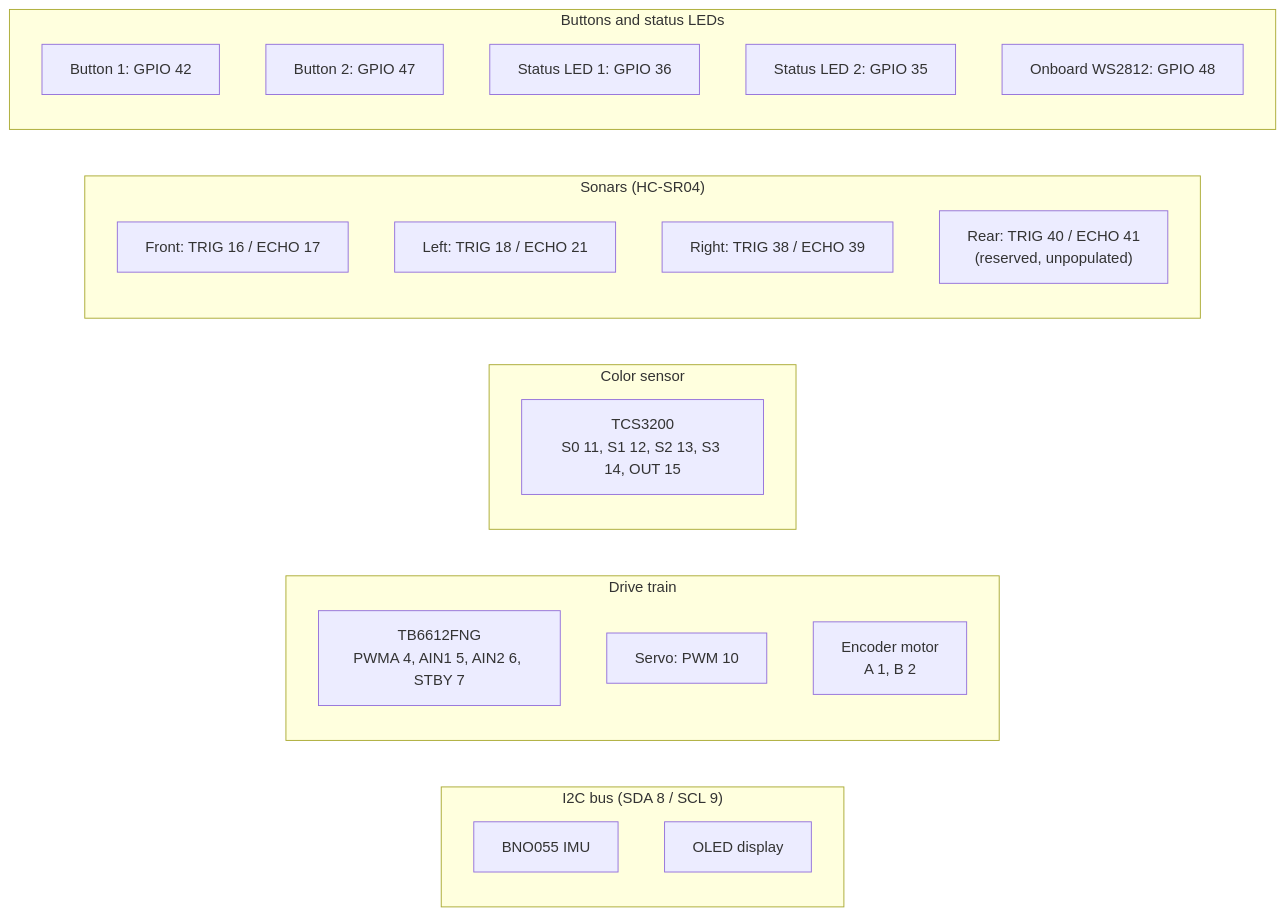
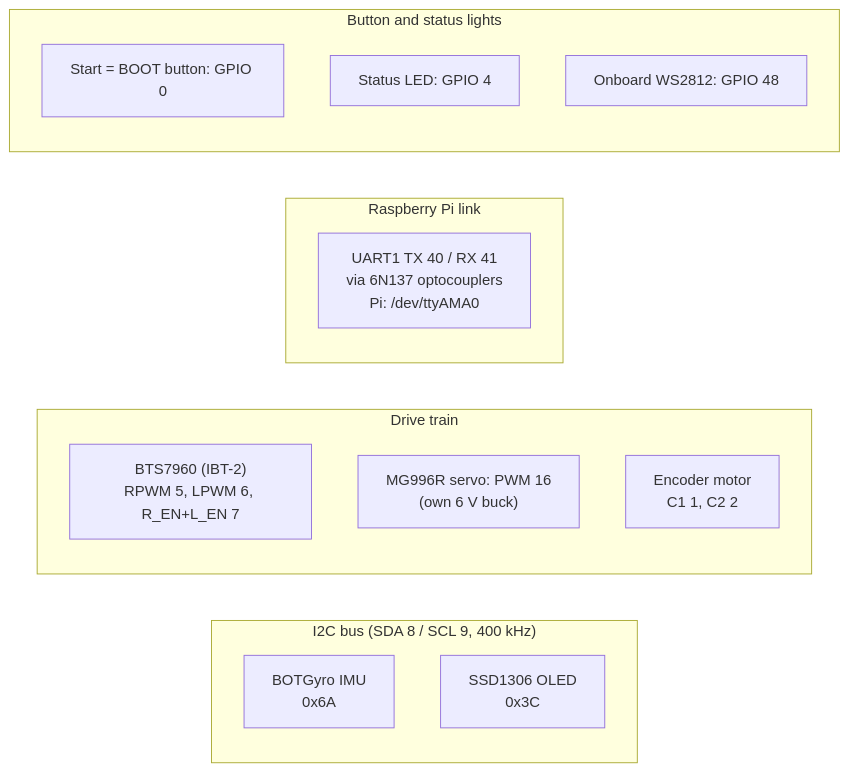
One commit to muztahiddurjoy/gorur_gari_2026 changed the diagram in firmware/pin-map.md. Above: the diagram before and after it, drawn with Mermaid. The commit also changed other lines of this file and 5 other files, not shown here.

First line of the commit message:
docs: new hardware - BTS7960, MG996R on GPIO16, BOTGyro, UART link

````diff
--- a/firmware/pin-map.md
+++ b/firmware/pin-map.md
@@ -7,28 +7,20 @@
 ```mermaid
 flowchart LR
-    subgraph I2C["I2C bus (SDA 8 / SCL 9)"]
-        IMU["BNO055 IMU"]
-        OLED["OLED display"]
+    subgraph I2C["I2C bus (SDA 8 / SCL 9, 400 kHz)"]
+        IMU["BOTGyro IMU\n0x6A"]
+        OLED["SSD1306 OLED\n0x3C"]
     end
     subgraph DRIVE["Drive train"]
-        MOTOR["TB6612FNG\nPWMA 4, AIN1 5, AIN2 6, STBY 7"]
-        SERVO["Servo: PWM 10"]
-        ENC["Encoder motor\nA 1, B 2"]
+        MOTOR["BTS7960 (IBT-2)\nRPWM 5, LPWM 6, R_EN+L_EN 7"]
+        SERVO["MG996R servo: PWM 16\n(own 6 V buck)"]
+        ENC["Encoder motor\nC1 1, C2 2"]
     end
-    subgraph COLOR["Color sensor"]
-        TCS["TCS3200\nS0 11, S1 12, S2 13, S3 14, OUT 15"]
+    subgraph LINK["Raspberry Pi link"]
+        UART["UART1 TX 40 / RX 41\nvia 6N137 optocouplers\nPi: /dev/ttyAMA0"]
     end
-    subgraph SONAR["Sonars (HC-SR04)"]
-        SF["Front: TRIG 16 / ECHO 17"]
-        SL["Left: TRIG 18 / ECHO 21"]
-        SR["Right: TRIG 38 / ECHO 39"]
-        SREAR["Rear: TRIG 40 / ECHO 41\n(reserved, unpopulated)"]
-    end
-    subgraph IO["Buttons and status LEDs"]
-        B1["Button 1: GPIO 42"]
-        B2["Button 2: GPIO 47"]
-        L1["Status LED 1: GPIO 36"]
-        L2["Status LED 2: GPIO 35"]
+    subgraph IO["Button and status lights"]
+        B1["Start = BOOT button: GPIO 0"]
+        L1["Status LED: GPIO 4"]
         L3["Onboard WS2812: GPIO 48"]
     end
 ```
````
